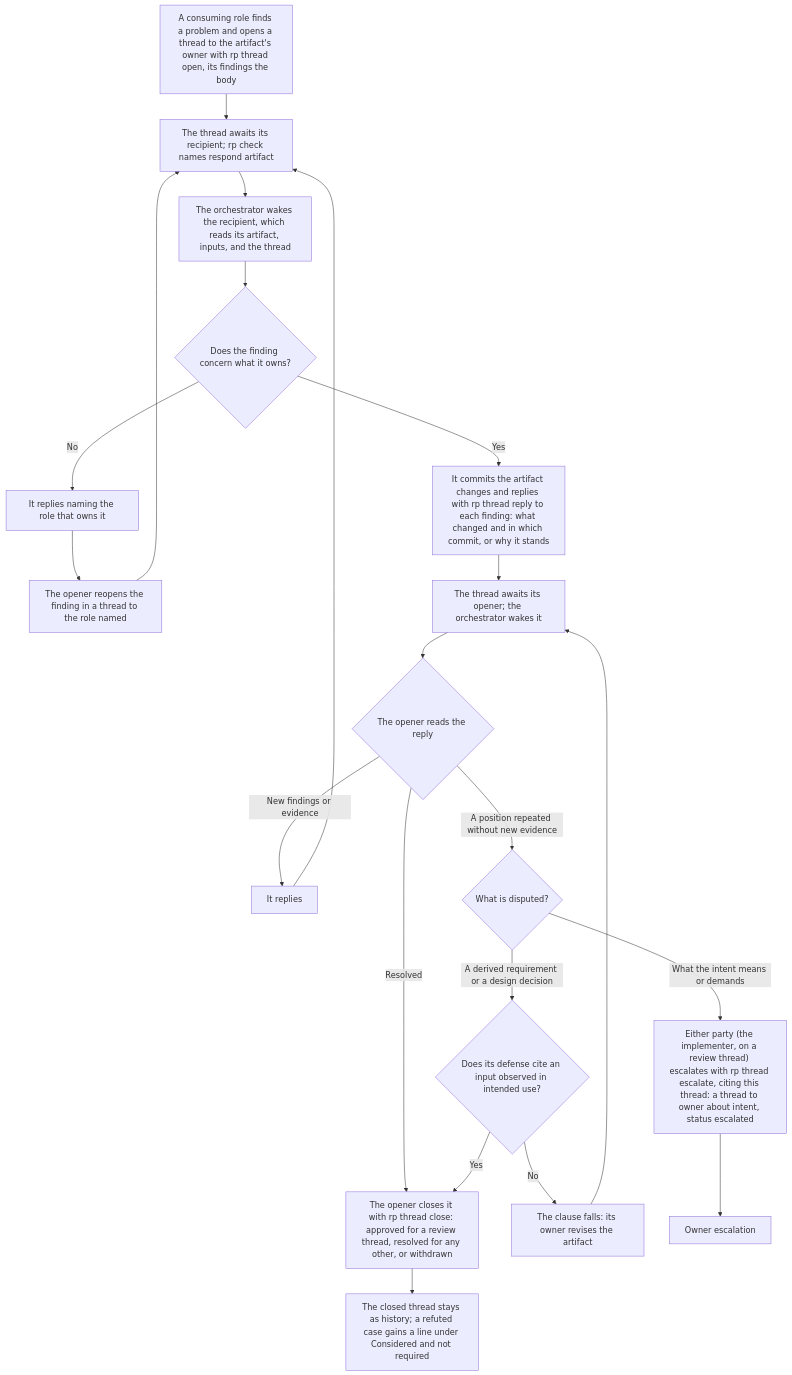
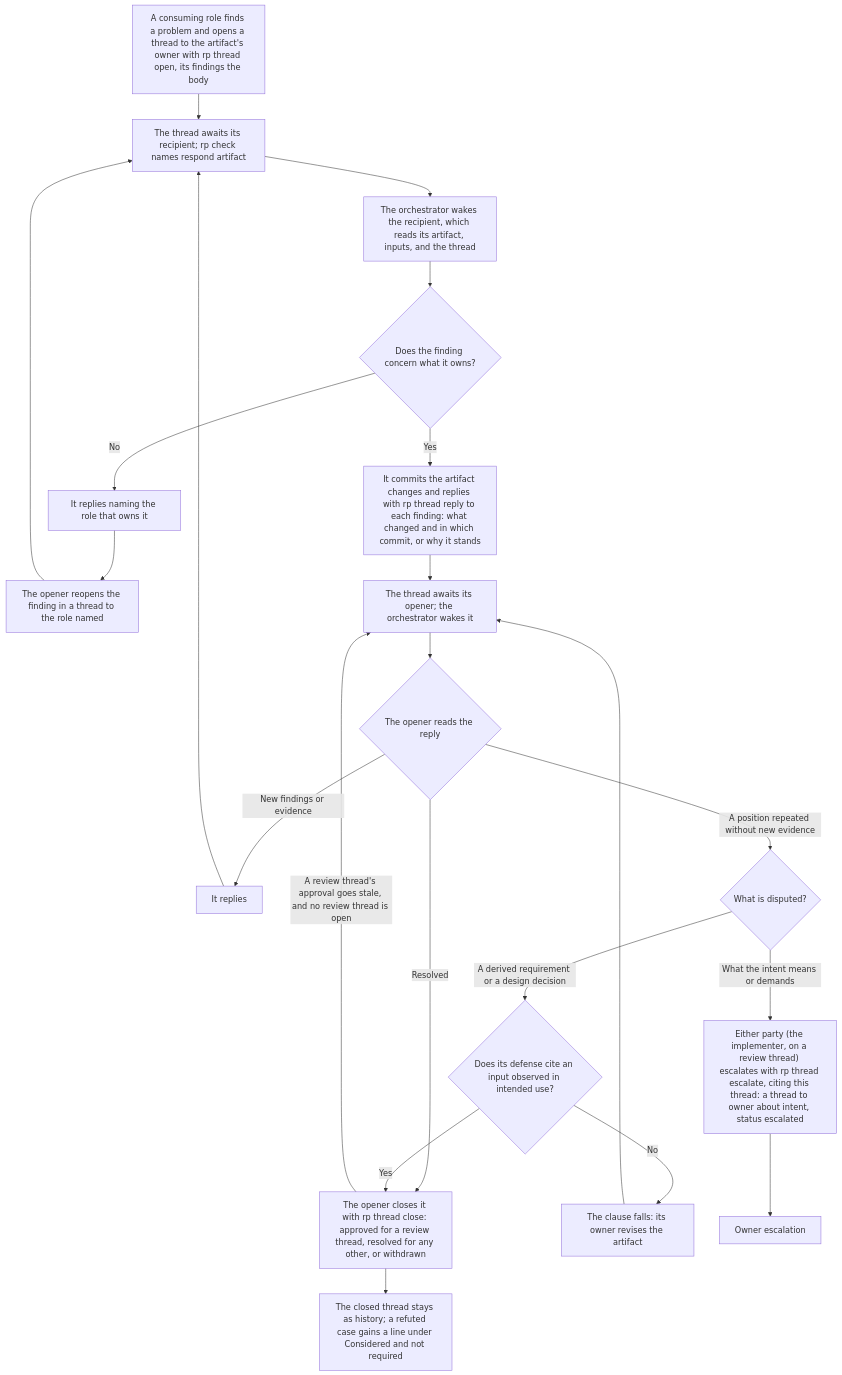
The diagram in docs/flowcharts/threads.md (Automattic/radical-pipelines), drawn with Mermaid before and after one commit. The commit also changed 11 other files, not shown here.

Commit message:
Review a stale approval once, in the lane's thread, on what changed (assisted)

````diff
--- a/docs/flowcharts/threads.md
+++ b/docs/flowcharts/threads.md
@@ -5,23 +5,24 @@
 ```mermaid
 flowchart TD
     OPEN["A consuming role finds a problem and opens a thread to the artifact's owner with rp thread open, its findings the body"] --> AW1["The thread awaits its recipient; rp check names respond artifact"]
     AW1 --> OWNER["The orchestrator wakes the recipient, which reads its artifact, inputs, and the thread"]
     OWNER --> OWNS{"Does the finding concern what it owns?"}
     OWNS -->|No| NAME["It replies naming the role that owns it"]
     NAME --> REOPEN["The opener reopens the finding in a thread to the role named"]
     REOPEN --> AW1
     OWNS -->|Yes| ANSWER["It commits the artifact changes and replies with rp thread reply to each finding: what changed and in which commit, or why it stands"]
     ANSWER --> AW2["The thread awaits its opener; the orchestrator wakes it"]
     AW2 --> READ{"The opener reads the reply"}
     READ -->|Resolved| CLOSED["The opener closes it with rp thread close: approved for a review thread, resolved for any other, or withdrawn"]
     READ -->|New findings or evidence| AGAIN["It replies"]
     AGAIN --> AW1
     READ -->|A position repeated without new evidence| DIS{"What is disputed?"}
     DIS -->|A derived requirement or a design decision| OBS{"Does its defense cite an input observed in intended use?"}
     OBS -->|Yes| CLOSED
     OBS -->|No| REVISE["The clause falls: its owner revises the artifact"]
     REVISE --> AW2
     DIS -->|What the intent means or demands| ESC["Either party (the implementer, on a review thread) escalates with rp thread escalate, citing this thread: a thread to owner about intent, status escalated"]
     ESC --> OE["Owner escalation"]
     CLOSED --> HIST["The closed thread stays as history; a refuted case gains a line under Considered and not required"]
+    CLOSED -->|"A review thread's approval goes stale, and no review thread is open"| AW2
 ```
````
